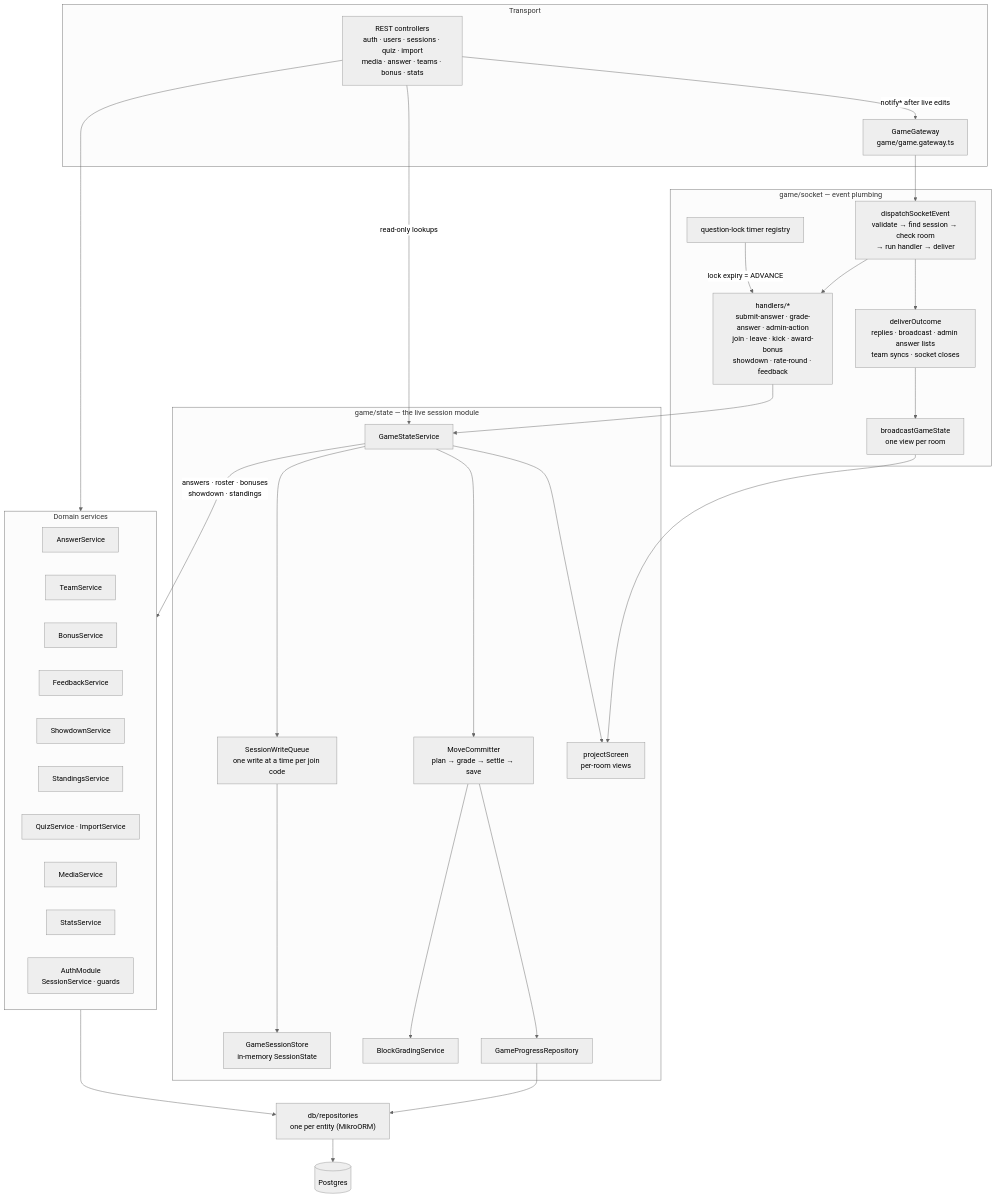
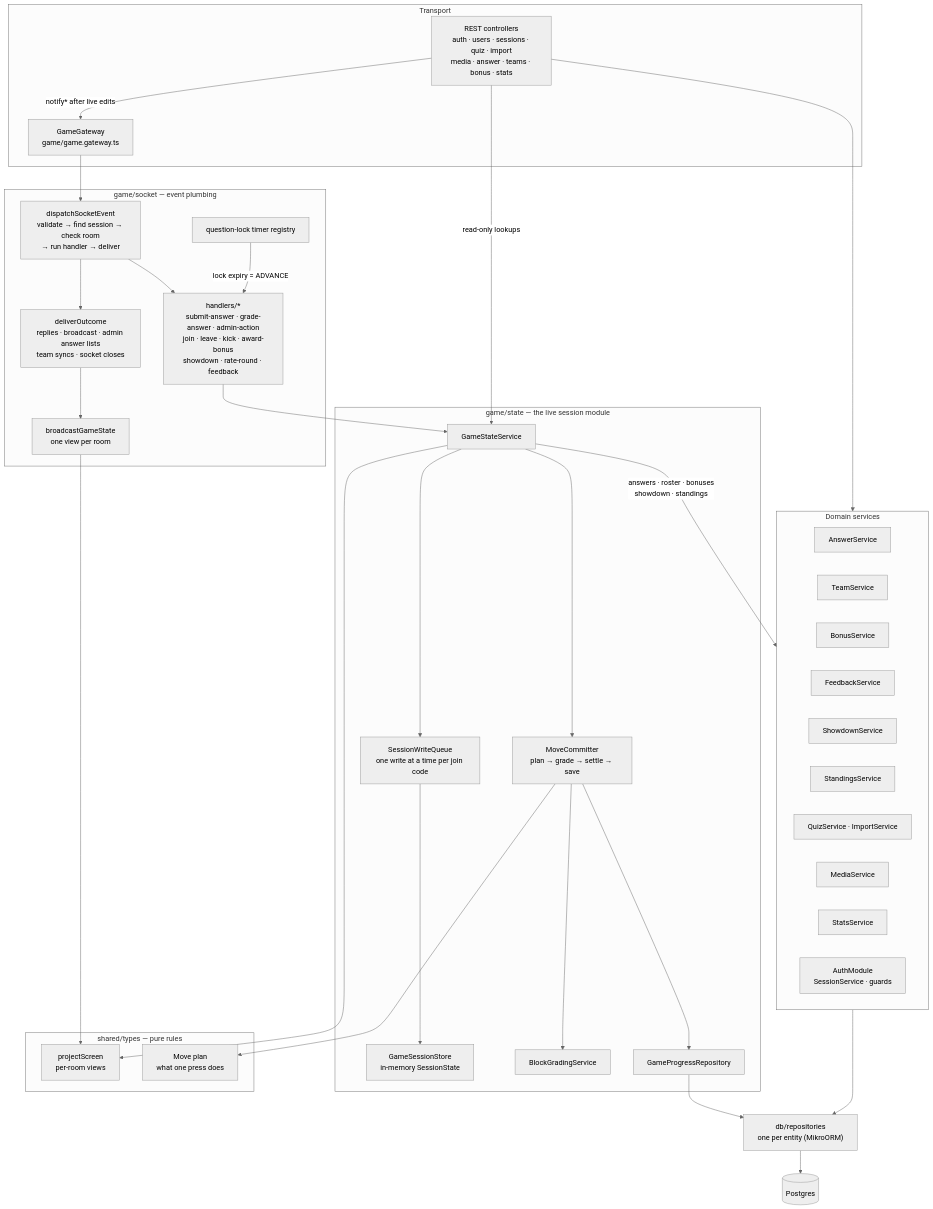
Before and after one commit to Sid0rr0/campus-pubquiz: the third of 8 diagrams in docs/architecture.md, drawn with Mermaid (neutral theme). The commit also changed other lines of this file and 32 other files, not shown here.

First line of the commit message:
refactor(shared-types): move the Screen projection and its pure rules from the backend

````diff
--- a/docs/architecture.md
+++ b/docs/architecture.md
@@ -73,58 +73,63 @@
 ```mermaid
 flowchart TD
   subgraph transport["Transport"]
     gw["GameGateway<br/>game/game.gateway.ts"]
     rest["REST controllers<br/>auth · users · sessions · quiz · import<br/>media · answer · teams · bonus · stats"]
   end
 
   subgraph socket["game/socket — event plumbing"]
     dispatch["dispatchSocketEvent<br/>validate → find session → check room<br/>→ run handler → deliver"]
     handlers["handlers/*<br/>submit-answer · grade-answer · admin-action<br/>join · leave · kick · award-bonus<br/>showdown · rate-round · feedback"]
     deliver["deliverOutcome<br/>replies · broadcast · admin answer lists<br/>team syncs · socket closes"]
     broadcast["broadcastGameState<br/>one view per room"]
     timers["question-lock timer registry"]
   end
 
   subgraph state["game/state — the live session module"]
     gss["GameStateService"]
     queue["SessionWriteQueue<br/>one write at a time per join code"]
     store["GameSessionStore<br/>in-memory SessionState"]
     mover["MoveCommitter<br/>plan → grade → settle → save"]
     grading["BlockGradingService"]
+    progress["GameProgressRepository"]
+  end
+
+  subgraph shared["shared/types — pure rules"]
     project["projectScreen<br/>per-room views"]
-    progress["GameProgressRepository"]
+    plan["Move plan<br/>what one press does"]
   end
 
   subgraph domain["Domain services"]
     answer["AnswerService"]
     team["TeamService"]
     bonus["BonusService"]
     feedback["FeedbackService"]
     showdown["ShowdownService"]
     standings["StandingsService"]
     quiz["QuizService · ImportService"]
     media["MediaService"]
     stats["StatsService"]
     auth["AuthModule<br/>SessionService · guards"]
   end
 
   repos["db/repositories<br/>one per entity (MikroORM)"]
   db[("Postgres")]
 
   gw --> dispatch --> handlers --> gss
   dispatch --> deliver --> broadcast --> project
   timers -->|"lock expiry = ADVANCE"| handlers
   rest -->|"notify* after live edits"| gw
   rest -->|read-only lookups| gss
   rest --> domain
 
   gss --> queue --> store
   gss --> mover --> grading
   mover --> progress
+  mover --> plan
   gss --> project
   gss -->|"answers · roster · bonuses<br/>showdown · standings"| domain
 
   domain --> repos
   progress --> repos
   repos --> db
 ```
````
